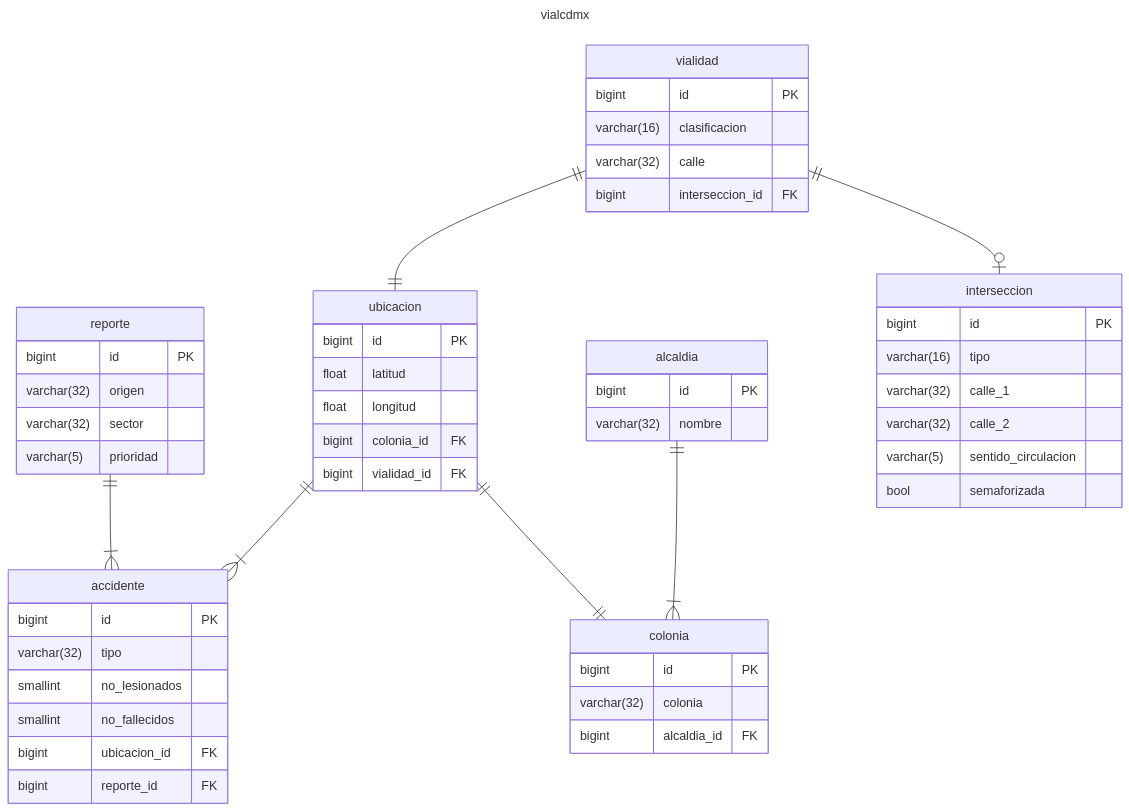
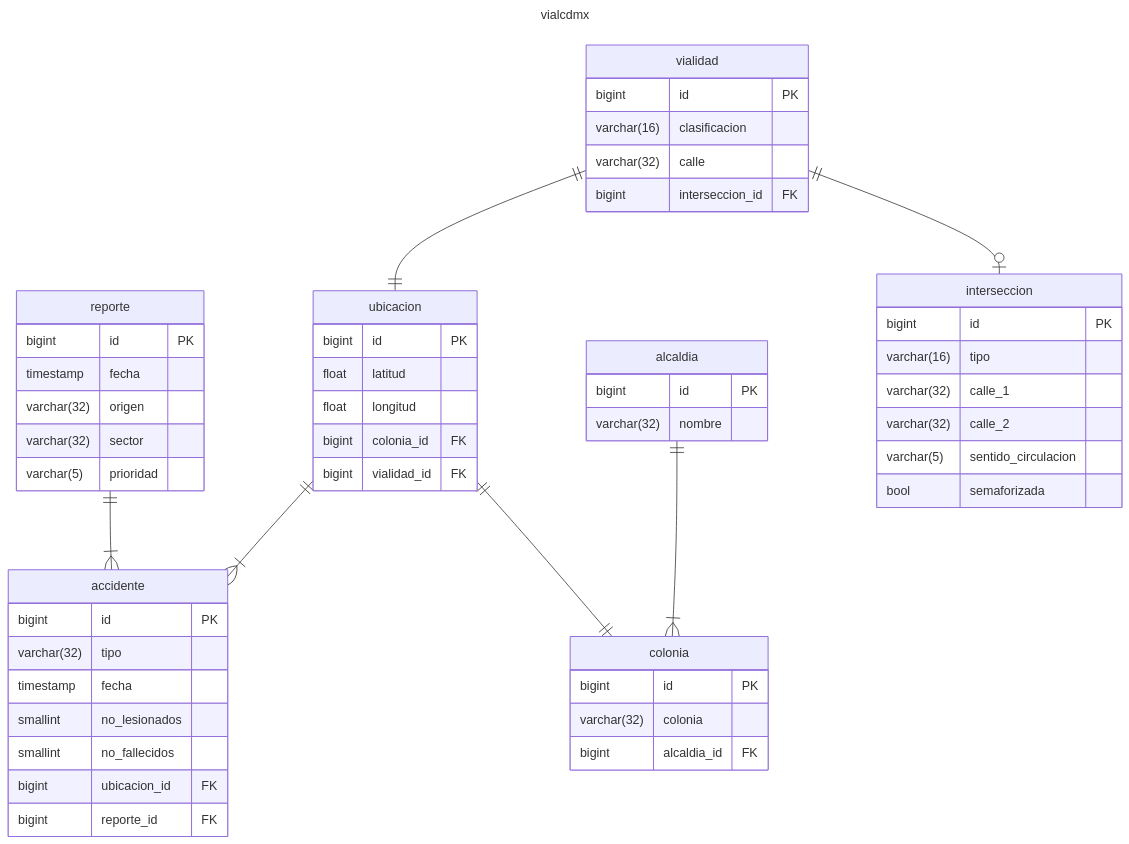
The diagram in README.md (joltdot/proyecto_bd), drawn with Mermaid before and after one commit.

````diff
--- a/README.md
+++ b/README.md
@@ -361,59 +361,60 @@
 ```mermaid
 ---
 title: vialcdmx
 ---
 
 erDiagram
     ubicacion ||--|{ accidente : " "
     reporte || -- |{ accidente : " "
     alcaldia ||--|{ colonia : " "
     ubicacion ||--|| colonia : " "
     vialidad ||--o| interseccion : " "
     vialidad ||--|| ubicacion : " "
     accidente {
         bigint id PK
         varchar(32) tipo
+        timestamp fecha
         smallint no_lesionados
         smallint no_fallecidos
         bigint ubicacion_id FK 
         bigint reporte_id FK
     }
     alcaldia {
         bigint id PK
         varchar(32) nombre
     }
     colonia {
         bigint id PK
         varchar(32) colonia
         bigint alcaldia_id FK
     }
     interseccion {
         bigint id PK
         varchar(16) tipo
         varchar(32) calle_1
         varchar(32) calle_2
         varchar(5) sentido_circulacion
         bool semaforizada
     }
     vialidad {
         bigint id PK
         varchar(16) clasificacion
         varchar(32) calle 
         bigint interseccion_id FK 
     }
     ubicacion {
         bigint id PK
         float latitud
         float longitud
         bigint colonia_id FK 
         bigint vialidad_id FK 
-        
     }
     reporte {
         bigint id PK
+        timestamp fecha
         varchar(32) origen
         varchar(32) sector
         varchar(5) prioridad
     }
 
 ```
````
